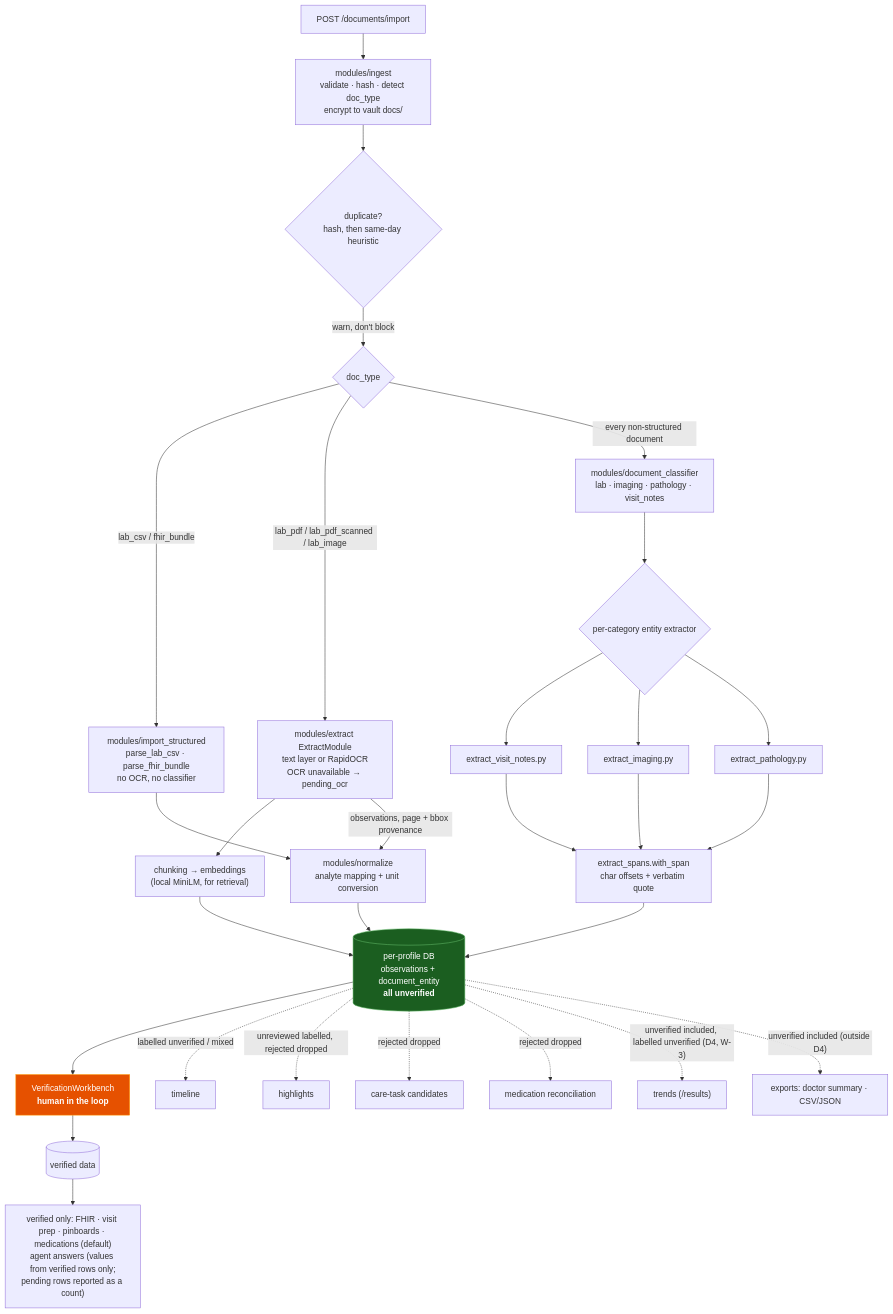
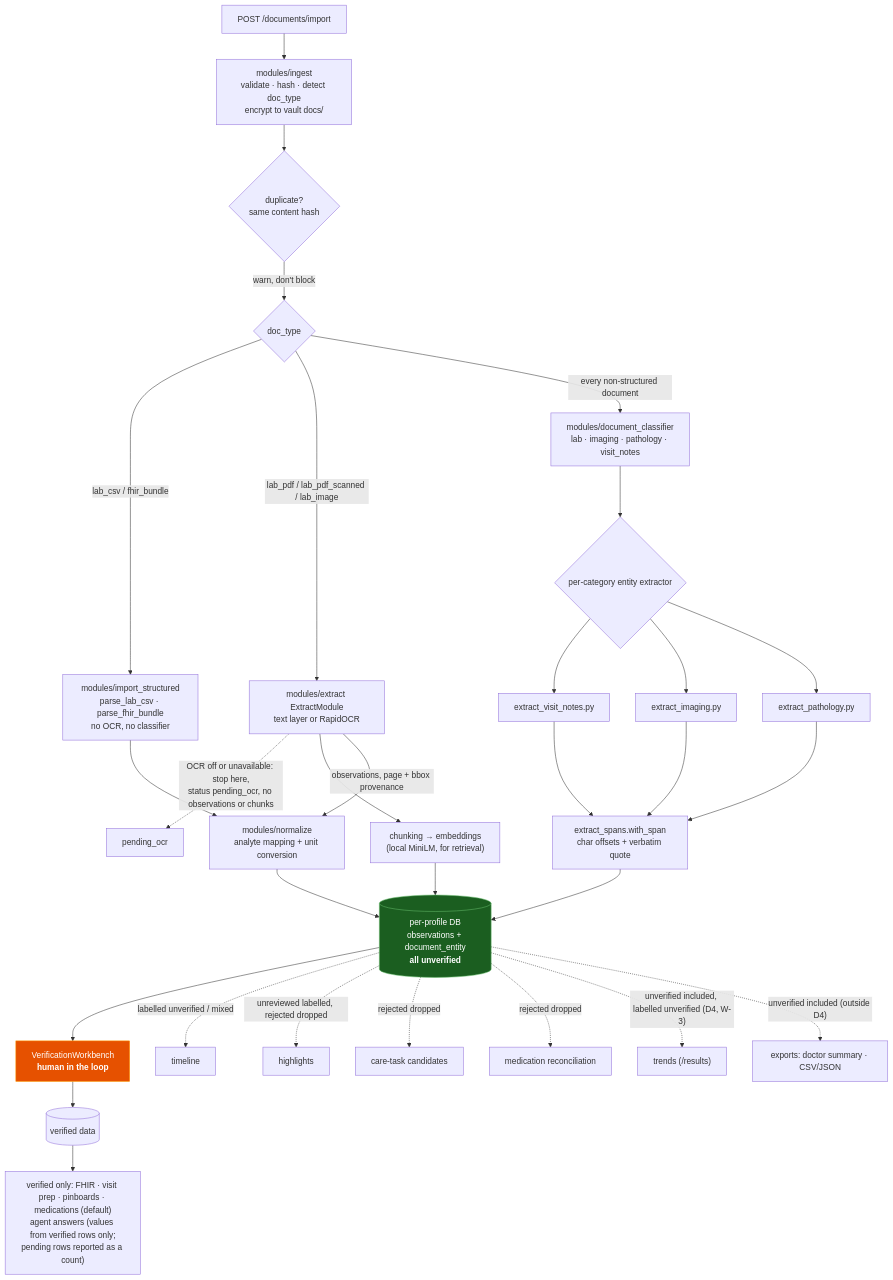
One commit to BrooklynD23/HealthCentral changed the first of 3 diagrams in docs/architecture/pipelines.md. Above: the diagram before and after it, drawn with Mermaid. The commit also changed other lines of this file and 6 other files, not shown here.

````diff
--- a/docs/architecture/pipelines.md
+++ b/docs/architecture/pipelines.md
@@ -18,38 +18,39 @@
 ```mermaid
 flowchart TD
     UP["POST /documents/import"] --> ING["modules/ingest<br/>validate · hash · detect doc_type<br/>encrypt to vault docs/"]
-    ING --> DUP{"duplicate?<br/>hash, then same-day heuristic"}
+    ING --> DUP{"duplicate?<br/>same content hash"}
     DUP -->|"warn, don't block"| KIND{"doc_type"}
 
     KIND -->|"lab_csv / fhir_bundle"| STRUCT["modules/import_structured<br/>parse_lab_csv · parse_fhir_bundle<br/>no OCR, no classifier"]
-    KIND -->|"lab_pdf / lab_pdf_scanned / lab_image"| LAB["modules/extract ExtractModule<br/>text layer or RapidOCR<br/>OCR unavailable → pending_ocr"]
+    KIND -->|"lab_pdf / lab_pdf_scanned / lab_image"| LAB["modules/extract ExtractModule<br/>text layer or RapidOCR"]
+    LAB -.->|"OCR off or unavailable: stop here,<br/>status pending_ocr, no observations or chunks"| PEND["pending_ocr"]
     KIND -->|"every non-structured document"| CLS["modules/document_classifier<br/>lab · imaging · pathology · visit_notes"]
 
     LAB --> CHUNK["chunking → embeddings<br/>(local MiniLM, for retrieval)"]
     CLS --> EXT{"per-category entity extractor"}
     EXT --> E2["extract_visit_notes.py"]
     EXT --> E3["extract_imaging.py"]
     EXT --> E4["extract_pathology.py"]
     E2 & E3 & E4 --> SPANS["extract_spans.with_span<br/>char offsets + verbatim quote"]
 
     LAB -->|"observations, page + bbox provenance"| NORM["modules/normalize<br/>analyte mapping + unit conversion"]
     STRUCT --> NORM
 
     NORM --> STORE[("per-profile DB<br/>observations + document_entity<br/><b>all unverified</b>")]
     SPANS --> STORE
     CHUNK --> STORE
 
     STORE --> VERIFY["VerificationWorkbench<br/><b>human in the loop</b>"]
     VERIFY --> VERIFIED[("verified data")]
 
     VERIFIED --> VONLY["verified only: FHIR · visit prep · pinboards · medications (default)<br/>agent answers (values from verified rows only;<br/>pending rows reported as a count)"]
     STORE -.->|"labelled unverified / mixed"| TL["timeline"]
     STORE -.->|"unreviewed labelled, rejected dropped"| HL["highlights"]
     STORE -.->|"rejected dropped"| TASKS["care-task candidates"]
     STORE -.->|"rejected dropped"| RECON["medication reconciliation"]
     STORE -.->|"unverified included, labelled unverified (D4, W-3)"| TRENDS["trends (/results)"]
     STORE -.->|"unverified included (outside D4)"| EXPU["exports: doctor summary · CSV/JSON"]
 
     style VERIFY fill:#e65100,stroke:#ff9800,color:#fff
     style STORE fill:#1b5e20,stroke:#66bb6a,color:#fff
 ```
````
